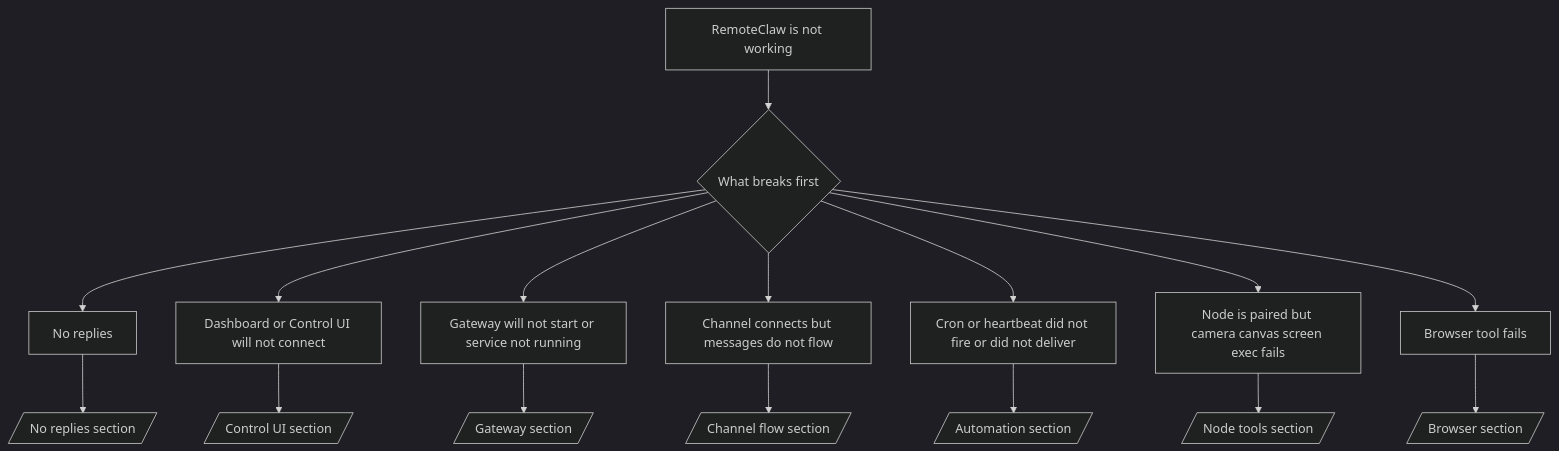
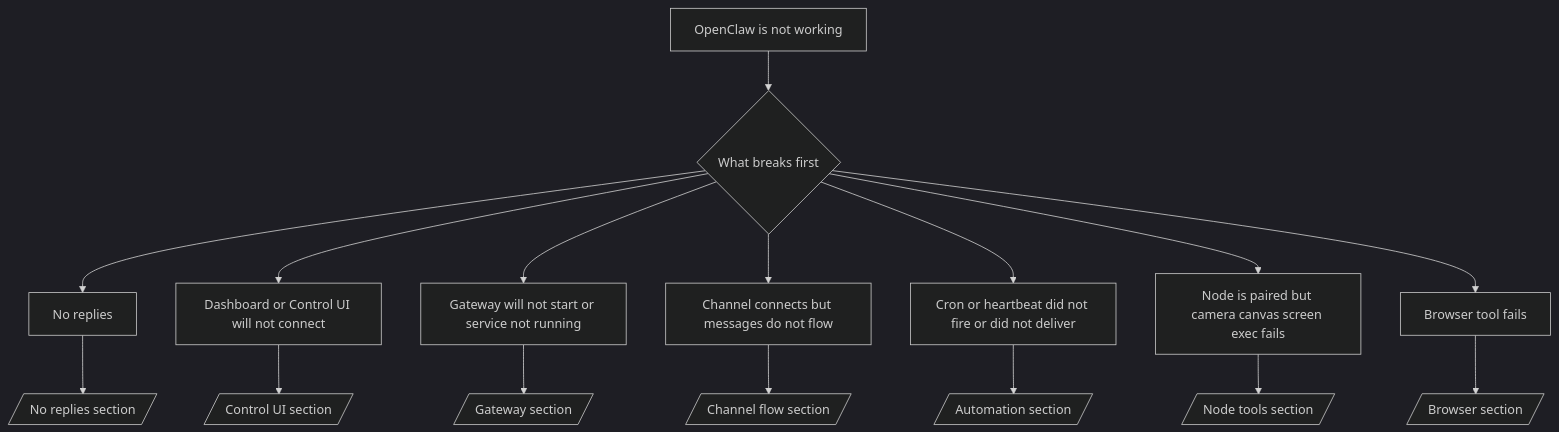
The diagram in docs/help/troubleshooting.md (remoteclaw/remoteclaw), drawn with Mermaid (dark theme) before and after one commit. The commit also changed other lines of this file and 6 other files, not shown here.

````diff
--- a/docs/help/troubleshooting.md
+++ b/docs/help/troubleshooting.md
@@ -64,19 +70,19 @@
 ```mermaid
 flowchart TD
-  A[RemoteClaw is not working] --> B{What breaks first}
+  A[OpenClaw is not working] --> B{What breaks first}
   B --> C[No replies]
   B --> D[Dashboard or Control UI will not connect]
   B --> E[Gateway will not start or service not running]
   B --> F[Channel connects but messages do not flow]
   B --> G[Cron or heartbeat did not fire or did not deliver]
   B --> H[Node is paired but camera canvas screen exec fails]
   B --> I[Browser tool fails]
 
   C --> C1[/No replies section/]
   D --> D1[/Control UI section/]
   E --> E1[/Gateway section/]
   F --> F1[/Channel flow section/]
   G --> G1[/Automation section/]
   H --> H1[/Node tools section/]
   I --> I1[/Browser section/]
 ```
````
